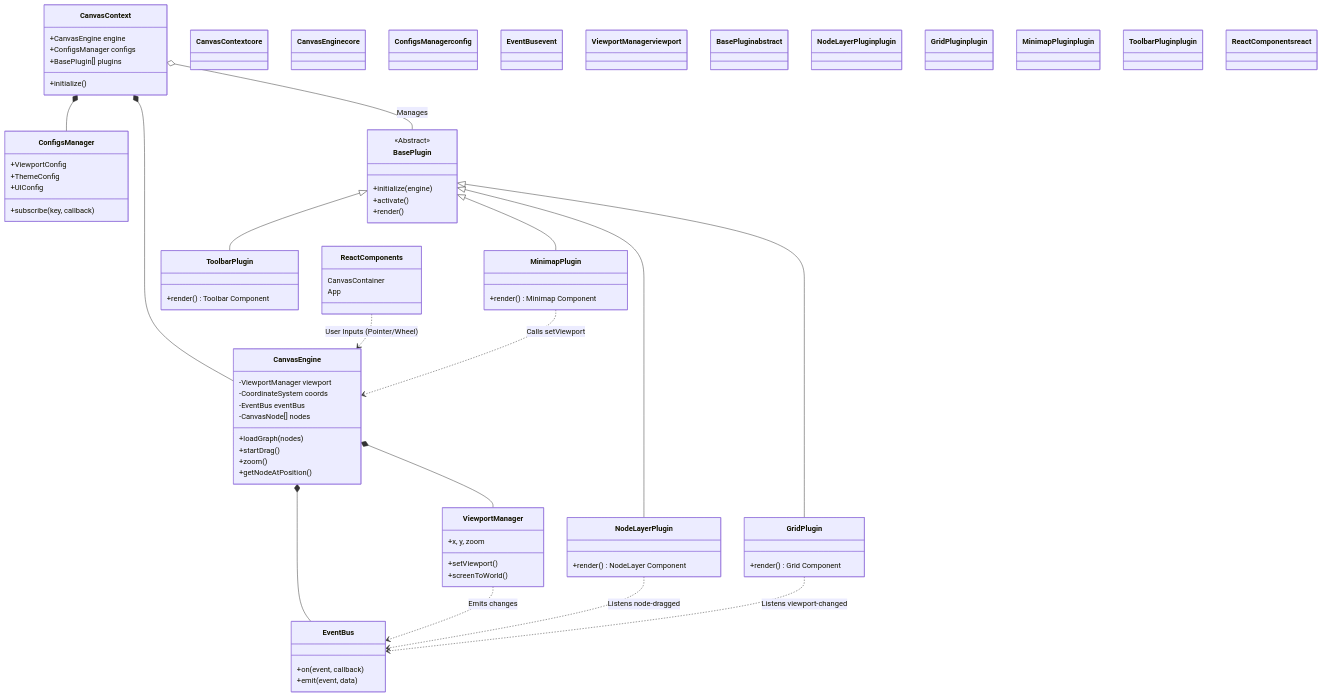
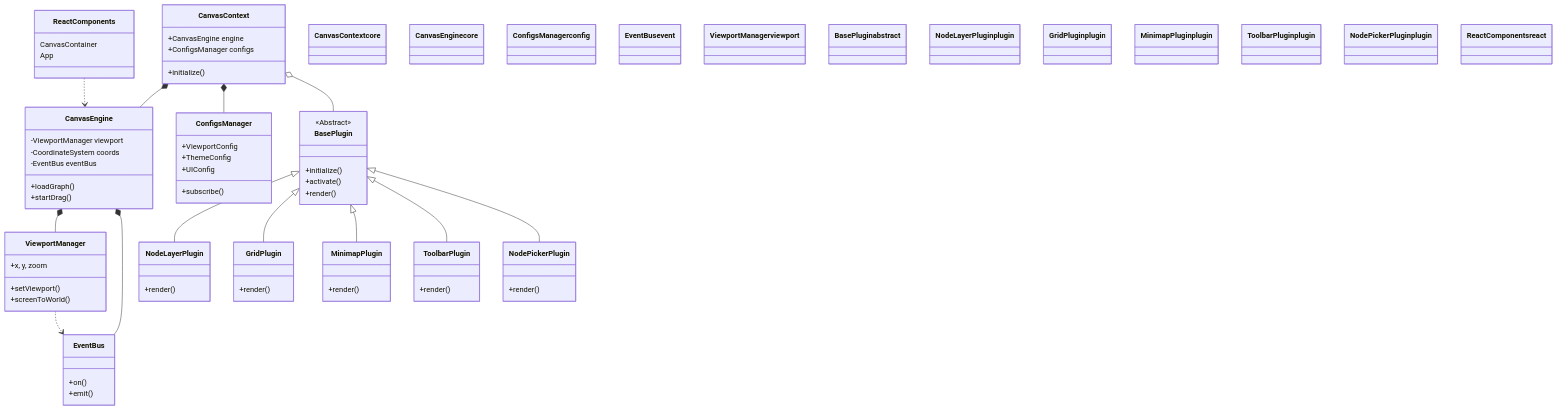
One commit to tiyun2012/tiNodeModular changed the diagram in docs/ARCHITECTURE_UML.mmd. Above: the diagram before and after it, drawn with Mermaid.

Commit message:
Refactor UML diagram for clarity and structure

```diff
--- a/docs/ARCHITECTURE_UML.mmd
+++ b/docs/ARCHITECTURE_UML.mmd
@@ -1,105 +1,108 @@
 classDiagram
-    %% Core System Relationships
+    %% --- Core System ---
     class CanvasContext {
         +CanvasEngine engine
         +ConfigsManager configs
-        +BasePlugin[] plugins
         +initialize()
     }
-
     class CanvasEngine {
         -ViewportManager viewport
         -CoordinateSystem coords
         -EventBus eventBus
-        -CanvasNode[] nodes
-        +loadGraph(nodes)
+        +loadGraph()
         +startDrag()
-        +zoom()
-        +getNodeAtPosition()
     }
 
+    %% --- Configuration ---
     class ConfigsManager {
         +ViewportConfig
         +ThemeConfig
         +UIConfig
-        +subscribe(key, callback)
+        +subscribe()
     }
 
+    %% --- Events ---
     class EventBus {
-        +on(event, callback)
-        +emit(event, data)
+        +on()
+        +emit()
     }
 
+    %% --- Viewport ---
     class ViewportManager {
         +x, y, zoom
         +setViewport()
         +screenToWorld()
     }
 
-    %% Relationships
+    %% --- Plugin System ---
+    class BasePlugin {
+        <<Abstract>>
+        +initialize()
+        +activate()
+        +render()
+    }
+    class NodeLayerPlugin {
+        +render()
+    }
+    class GridPlugin {
+        +render()
+    }
+    class MinimapPlugin {
+        +render()
+    }
+    class ToolbarPlugin {
+        +render()
+    }
+    class NodePickerPlugin {
+        +render()
+    }
+
+    %% --- React Layer ---
+    class ReactComponents {
+        CanvasContainer
+        App
+    }
+
+    %% --- Relationships ---
     CanvasContext *-- CanvasEngine
     CanvasContext *-- ConfigsManager
     CanvasEngine *-- ViewportManager
     CanvasEngine *-- EventBus
-    ViewportManager ..> EventBus : Emits changes
-
-    %% Plugin System
-    class BasePlugin {
-        <<Abstract>>
-        +initialize(engine)
-        +activate()
-        +render()
-    }
-
-    class NodeLayerPlugin {
-        +render() NodeLayer Component
-    }
-    class GridPlugin {
-        +render() Grid Component
-    }
-    class MinimapPlugin {
-        +render() Minimap Component
-    }
-    class ToolbarPlugin {
-        +render() Toolbar Component
-    }
+    ViewportManager ..> EventBus
 
     BasePlugin <|-- NodeLayerPlugin
     BasePlugin <|-- GridPlugin
     BasePlugin <|-- MinimapPlugin
     BasePlugin <|-- ToolbarPlugin
+    BasePlugin <|-- NodePickerPlugin
     
-    CanvasContext o-- BasePlugin : Manages
+    CanvasContext o-- BasePlugin
+    ReactComponents ..> CanvasEngine
 
-    %% Interaction Flow
-    class ReactComponents {
-        CanvasContainer
-        App
-    }
+    %% --- Styling Definitions ---
+    classDef core fill:#E8F4FF,stroke:#2C77F4,stroke-width:2px,color:#000
+    classDef config fill:#E8FFE8,stroke:#2CA02C,stroke-width:2px,color:#000
+    classDef event fill:#FFF9E6,stroke:#D4A017,stroke-width:2px,color:#000
+    classDef viewport fill:#FFF2E8,stroke:#FF7F0E,stroke-width:2px,color:#000
+    classDef plugin fill:#F5E8FF,stroke:#8E44AD,stroke-width:2px,color:#000
+    classDef react fill:#F6F6F6,stroke:#666666,stroke-width:2px,color:#000
+    classDef abstract fill:#FFFFFF,stroke:#333,stroke-width:1px,stroke-dasharray: 5 5
 
-    ReactComponents ..> CanvasEngine : User Inputs (Pointer/Wheel)
-    NodeLayerPlugin ..> EventBus : Listens node-dragged
-    GridPlugin ..> EventBus : Listens viewport-changed
-    MinimapPlugin ..> CanvasEngine : Calls setViewport
-
-    %% Styling
-    classDef core fill:#E8F4FF,stroke:#2C77F4,stroke-width:2px,color:#0b1f3a
-    classDef config fill:#E8FFE8,stroke:#2CA02C,stroke-width:2px,color:#09320b
-    classDef event fill:#FFF9E6,stroke:#D4A017,stroke-width:2px,color:#4a3300
-    classDef viewport fill:#FFF2E8,stroke:#FF7F0E,stroke-width:2px,color:#3a1f00
-    classDef plugin fill:#F5E8FF,stroke:#8E44AD,stroke-width:2px,color:#2f0f3a
-    classDef react fill:#F6F6F6,stroke:#999999,stroke-width:1.5px,color:#222222
-    classDef abstract fill:#FFFFFF,stroke:#666666,color:#222222
-
-    %% Assignments (Separated to avoid parser errors)
+    %% --- Applying Colors ---
     class CanvasContext core
     class CanvasEngine core
+    
     class ConfigsManager config
+    
     class EventBus event
+    
     class ViewportManager viewport
+    
     class BasePlugin abstract
     class NodeLayerPlugin plugin
     class GridPlugin plugin
     class MinimapPlugin plugin
     class ToolbarPlugin plugin
+    class NodePickerPlugin plugin
+    
     class ReactComponents react
```
